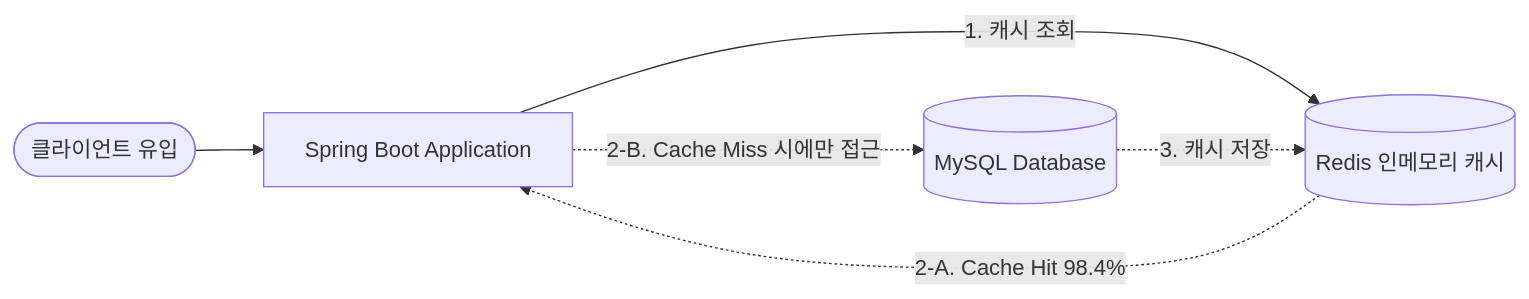
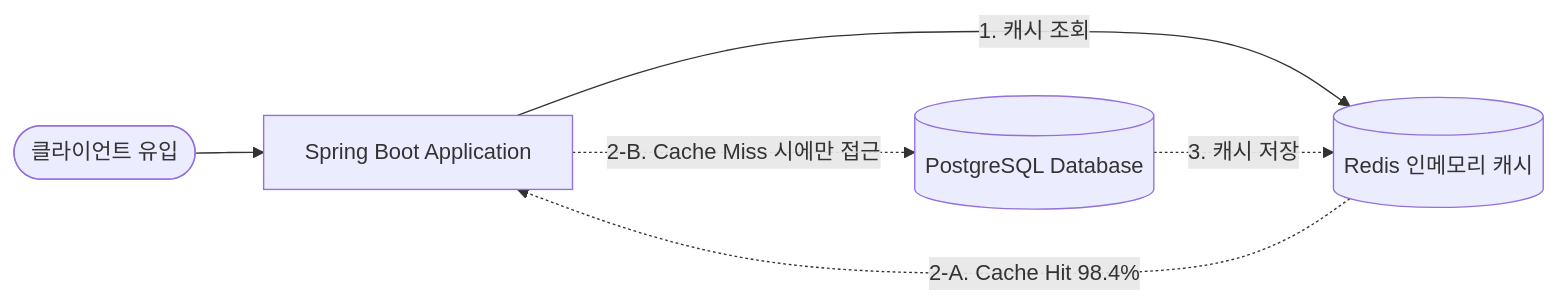
One commit to seodaeya/seodaeya.github.io changed the diagram in files/posts/20260825-1-spring-boot-lettuce-redis-caching-traffic-bottleneck.md. Above: the diagram before and after it, drawn with Mermaid. The commit also changed other lines of this file and 3 other files, not shown here.

Commit message:
feat(post): [트러블슈팅] 트래픽 급증 시 DB 병목 해결기 (PostgreSQL 전환, 서비스 레이어 병목 분석 보강 및 SEO 제목 50자 최적화)

````diff
--- a/files/posts/20260825-1-spring-boot-lettuce-redis-caching-traffic-bottleneck.md
+++ b/files/posts/20260825-1-spring-boot-lettuce-redis-caching-traffic-bottleneck.md
@@ -49,8 +56,8 @@
 ```mermaid
 graph LR
     Client([클라이언트 유입]) --> App[Spring Boot Application]
     App -->|1. 캐시 조회| Redis[(Redis 인메모리 캐시)]
     Redis -.->|2-A. Cache Hit 98.4%| App
-    App -.->|2-B. Cache Miss 시에만 접근| DB[(MySQL Database)]
+    App -.->|2-B. Cache Miss 시에만 접근| DB[(PostgreSQL Database)]
     DB -.->|3. 캐시 저장| Redis
 ```
````
